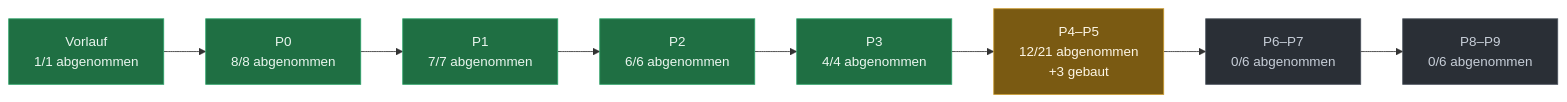
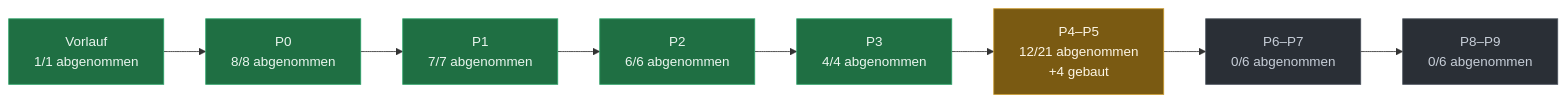
One commit to evenacadia-tech/Nakama changed the diagram in docs/PLAN-STAND.md. Above: the diagram before and after it, drawn with Mermaid. The commit also changed other lines of this file, not shown here.

````diff
--- a/docs/PLAN-STAND.md
+++ b/docs/PLAN-STAND.md
@@ -37,21 +37,21 @@
 ```mermaid
 flowchart LR
   P0["Vorlauf<br/>1/1 abgenommen"]:::fertig
   P1["P0<br/>8/8 abgenommen"]:::fertig
   P0 --> P1
   P2["P1<br/>7/7 abgenommen"]:::fertig
   P1 --> P2
   P3["P2<br/>6/6 abgenommen"]:::fertig
   P2 --> P3
   P4["P3<br/>4/4 abgenommen"]:::fertig
   P3 --> P4
-  P5["P4–P5<br/>12/21 abgenommen<br/>+3 gebaut"]:::laeuft
+  P5["P4–P5<br/>12/21 abgenommen<br/>+4 gebaut"]:::laeuft
   P4 --> P5
   P6["P6–P7<br/>0/6 abgenommen"]:::offen
   P5 --> P6
   P7["P8–P9<br/>0/6 abgenommen"]:::offen
   P6 --> P7
   classDef fertig fill:#1f6f43,stroke:#2ea36a,color:#eaf6ef
   classDef laeuft fill:#7a5a12,stroke:#c99a2e,color:#fdf6e6
   classDef offen  fill:#2a2f36,stroke:#4a525c,color:#c7ced8
 ```
````
